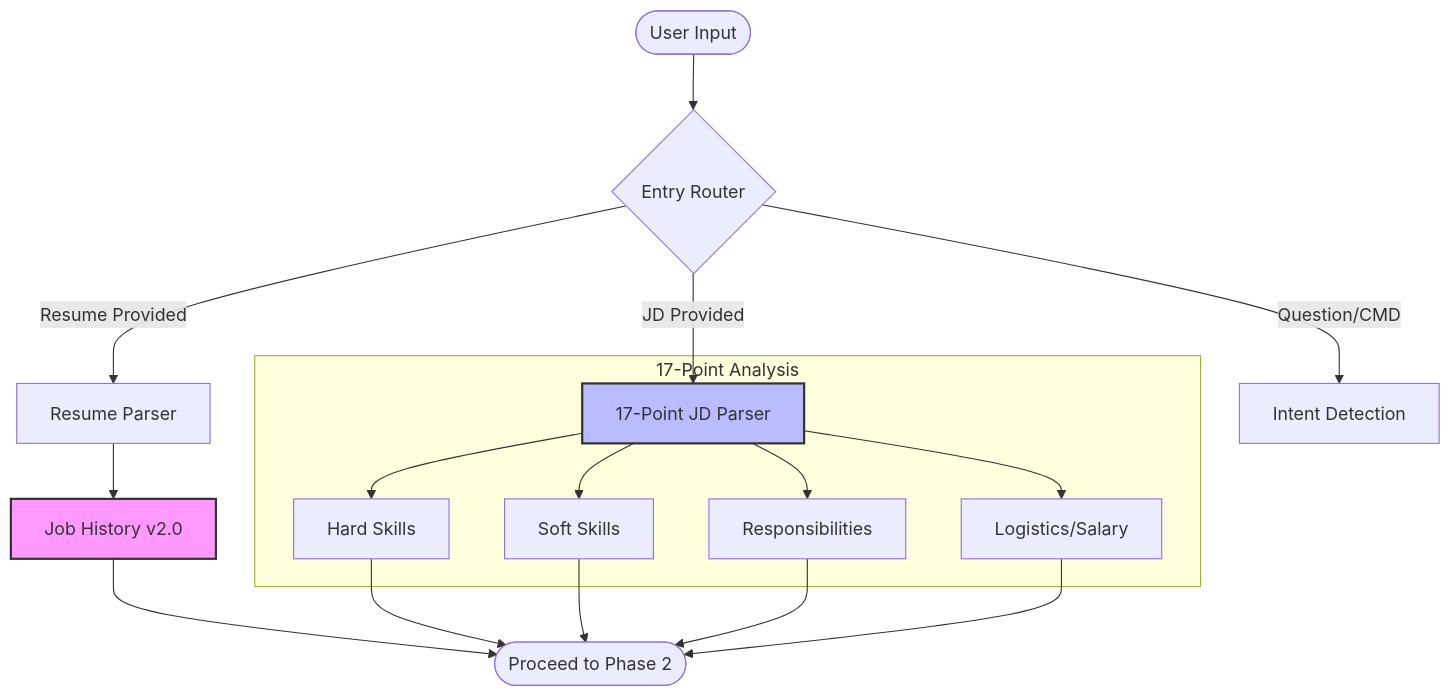
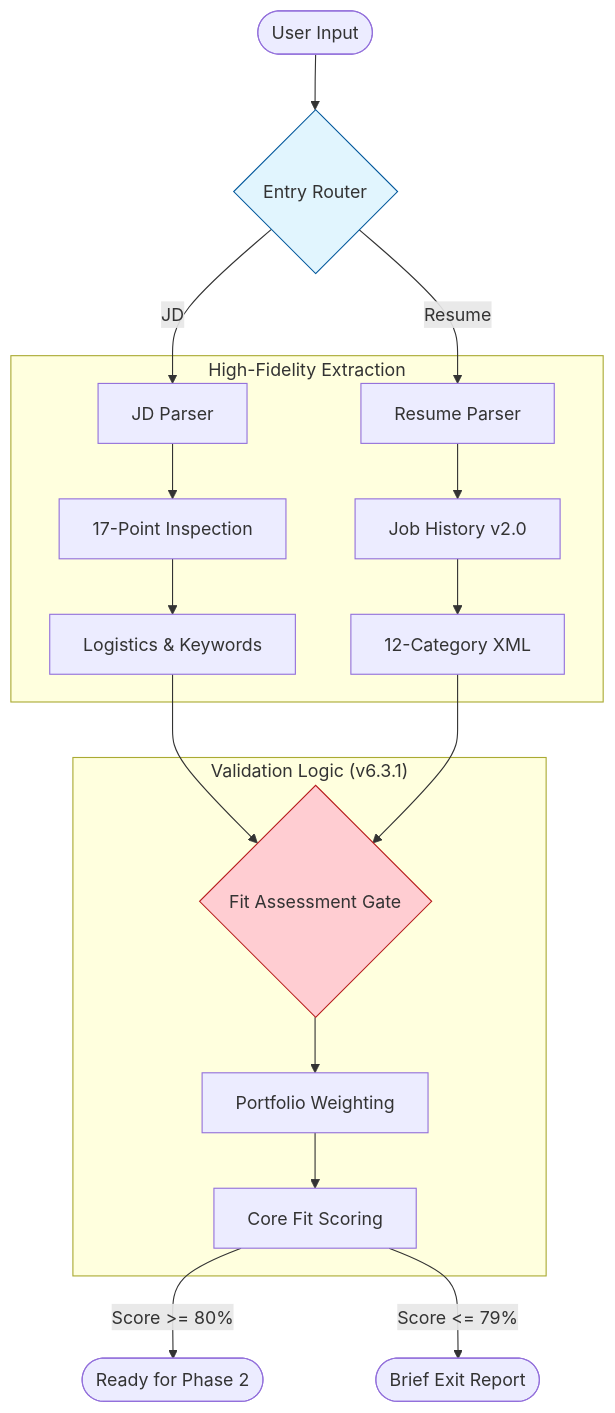
Before and after one commit to technomensch/optimize-my-resume: the diagram in wireframes/phase-1-foundation-mermaid.md, drawn with Mermaid. The commit also changed other lines of this file and 26 other files, not shown here.

Commit message:
docs: synchronize architectural wireframes with v6.3.x guardrails and establish testing protocols

````diff
--- a/wireframes/phase-1-foundation-mermaid.md
+++ b/wireframes/phase-1-foundation-mermaid.md
@@ -14,23 +14,28 @@
 ```mermaid
 graph TD
-    Start([User Input]) --> Router{Entry Router}
+    In([User Input]) --> Router{Entry Router}
     
-    Router -->|Resume Provided| ResP[Resume Parser]
-    Router -->|JD Provided| JDP[17-Point JD Parser]
-    Router -->|Question/CMD| Intent[Intent Detection]
+    Router -->|Resume| RP[Resume Parser]
+    Router -->|JD| JP[JD Parser]
     
-    ResP --> JHv2[Job History v2.0]
-    
-    subgraph "17-Point Analysis"
-    JDP --> Hard[Hard Skills]
-    JDP --> Soft[Soft Skills]
-    JDP --> Resp[Responsibilities]
-    JDP --> Logi[Logistics/Salary]
+    subgraph "High-Fidelity Extraction"
+    JP --> JP1[17-Point Inspection]
+    JP1 --> JP2[Logistics & Keywords]
+    RP --> RP1[Job History v2.0]
+    RP1 --> RP2[12-Category XML]
     end
     
-    JHv2 --> Next([Proceed to Phase 2])
-    Hard & Soft & Resp & Logi --> Next
+    JP2 --> FitGate{Fit Assessment Gate}
+    RP2 --> FitGate
     
-    style JHv2 fill:#f9f,stroke:#333,stroke-width:2px
-    style JDP fill:#bbf,stroke:#333,stroke-width:2px
+    subgraph "Validation Logic (v6.3.1)"
+    FitGate --> V1[Portfolio Weighting]
+    V1 --> V2[Core Fit Scoring]
+    end
+    
+    V2 -->|Score >= 80%| Out([Ready for Phase 2])
+    V2 -->|Score <= 79%| Stop([Brief Exit Report])
+    
+    style FitGate fill:#ffcdd2,stroke:#b71c1c
+    style Router fill:#e1f5fe,stroke:#01579b
 ```
````
